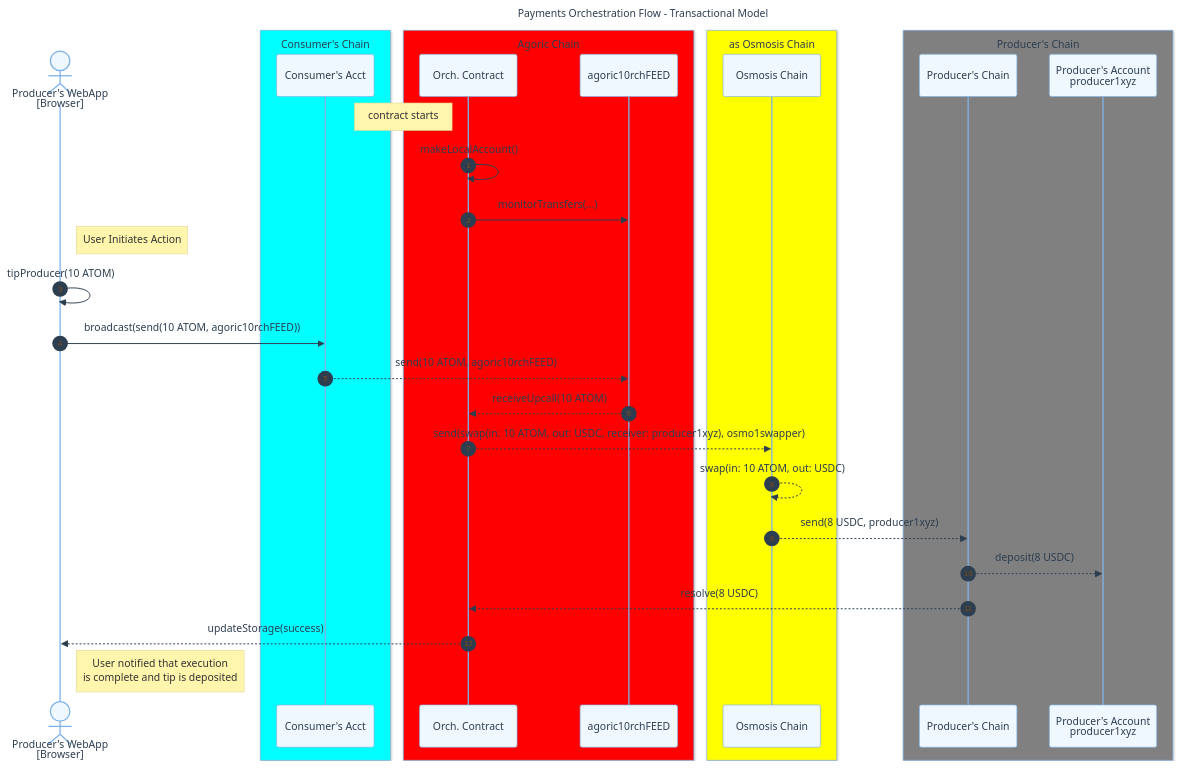
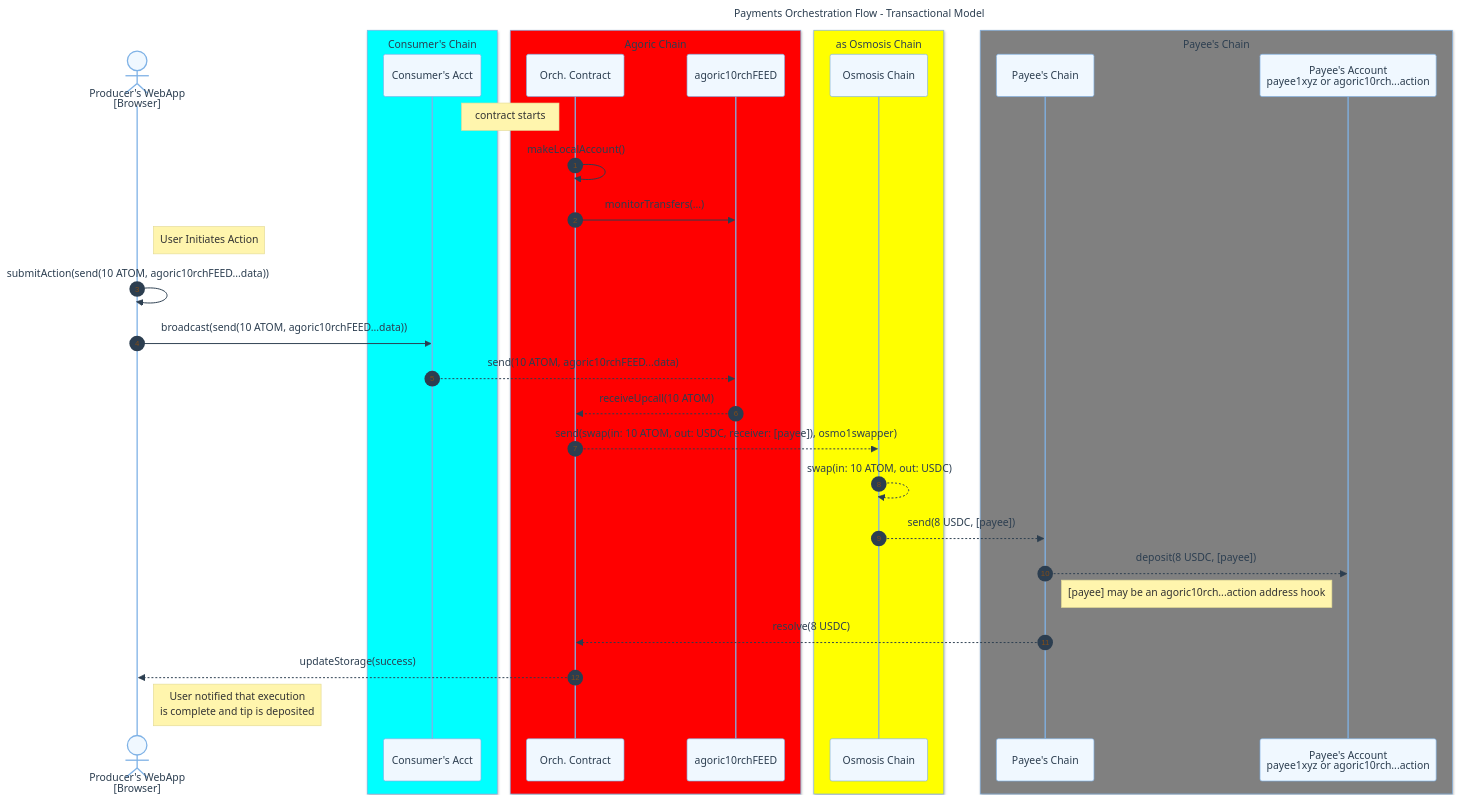
Before and after one commit to Agoric/agoric-sdk: the diagram in packages/payments/test/my-orch-sequence.md, drawn with Mermaid.

Commit message:
docs(payments): improve sequence diagram

````diff
--- a/packages/payments/test/my-orch-sequence.md
+++ b/packages/payments/test/my-orch-sequence.md
@@ -1,52 +1,54 @@
 ```mermaid
 %%{init: {
   'theme': 'base',
   'themeVariables': {
     'primaryColor': '#f0f8ff',
     'primaryTextColor': '#2c3e50',
     'primaryBorderColor': '#7fb2e6',
     'lineColor': '#7fb2e6',
     'secondaryColor': '#f6f8fa',
     'tertiaryColor': '#fff5e6'
   }
 }}%%
 sequenceDiagram
     title Payments Orchestration Flow - Transactional Model
     autonumber
     actor webUA as Producer's WebApp<br/>[Browser]
     %% [Where it runs]
     box Aqua Consumer's Chain
     participant acctOrig as Consumer's Acct
     end
     box Red Agoric Chain
     participant myOrch as Orch. Contract
     participant orchLCA1 as agoric10rchFEED
     end
     box Yellow as Osmosis Chain
-    participant chainOS as Osmosis Chain
+    participant chainDex as Osmosis Chain
     end
-    box Grey Producer's Chain
-    participant chainMy as Producer's Chain
-    participant acctDest as Producer's Account<br />producer1xyz
+    box Grey Payee's Chain
+    participant chainPay as Payee's Chain
+    participant acctDest as Payee's Account<br />payee1xyz or agoric10rch...action
     end
 
     %% Notation: ->> for initial message, -->> for consequences
 
     note left of myOrch: contract starts
     myOrch ->> myOrch: makeLocalAccount()
     myOrch ->> orchLCA1: monitorTransfers(...)
     
     note right of webUA: User Initiates Action
-    webUA ->> webUA: tipProducer(10 ATOM)
-    webUA ->> acctOrig: broadcast(send(10 ATOM, agoric10rchFEED))
-    acctOrig -->> orchLCA1: send(10 ATOM, agoric10rchFEED)
+    webUA ->> webUA: submitAction(send(10 ATOM, agoric10rchFEED...data))
+    webUA ->> acctOrig: broadcast(send(10 ATOM, agoric10rchFEED...data))
+    acctOrig -->> orchLCA1: send(10 ATOM, agoric10rchFEED...data)
     orchLCA1 -->> myOrch: receiveUpcall(10 ATOM)
-    myOrch -->> chainOS: send(swap(in: 10 ATOM, out: USDC, receiver: producer1xyz), osmo1swapper)
-    chainOS -->> chainOS: swap(in: 10 ATOM, out: USDC)
-    chainOS -->> chainMy: send(8 USDC, producer1xyz)
-    chainMy -->> acctDest: deposit(8 USDC)
+    myOrch -->> chainDex: send(swap(in: 10 ATOM, out: USDC, receiver: [payee]), osmo1swapper)
+    chainDex -->> chainDex: swap(in: 10 ATOM, out: USDC)
+    chainDex -->> chainPay: send(8 USDC, [payee])
 
-    chainMy -->> myOrch: resolve(8 USDC)
+    chainPay -->> acctDest: deposit(8 USDC, [payee])
+    note right of chainPay: [payee] may be an agoric10rch...action address hook
+
+    chainPay -->> myOrch: resolve(8 USDC)
     myOrch -->> webUA: updateStorage(success)
     note right of webUA: User notified that execution<br/> is complete and tip is deposited
 ```
````
